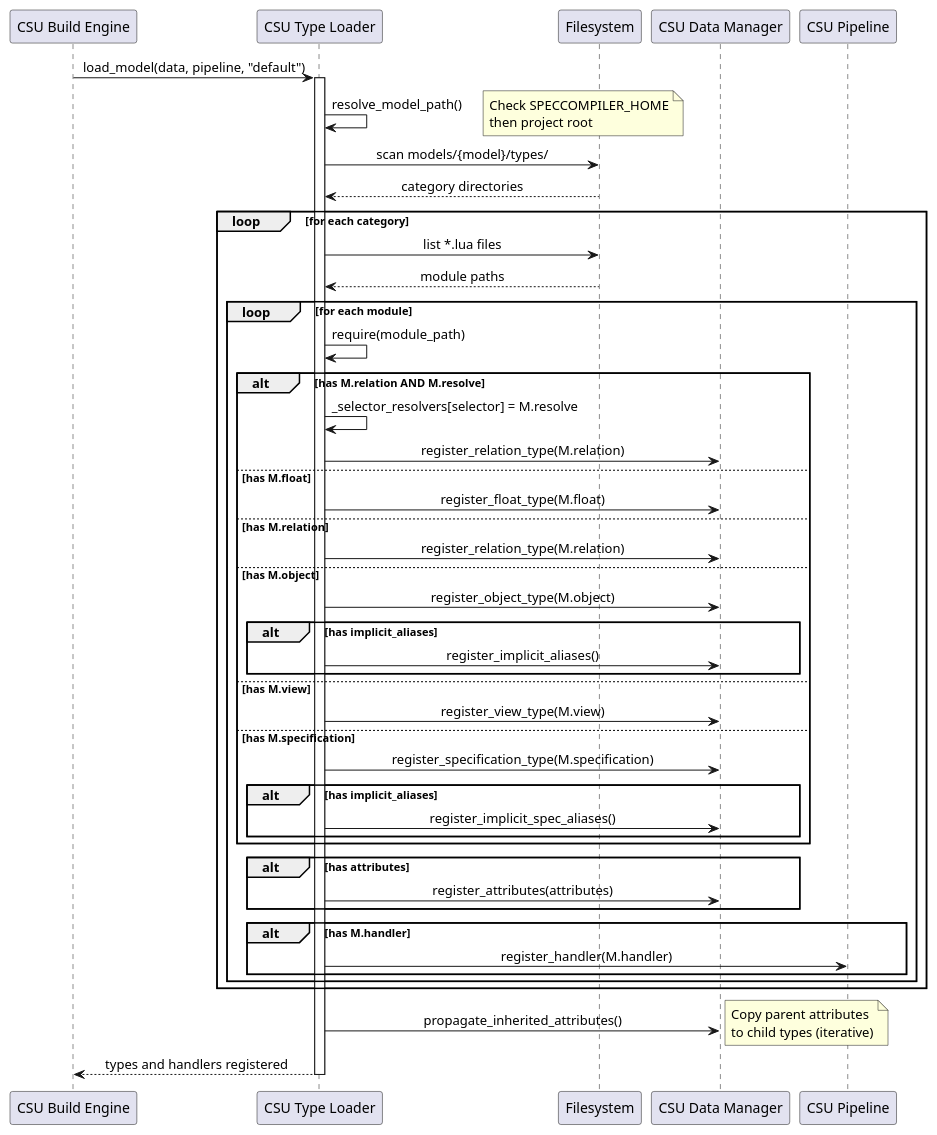
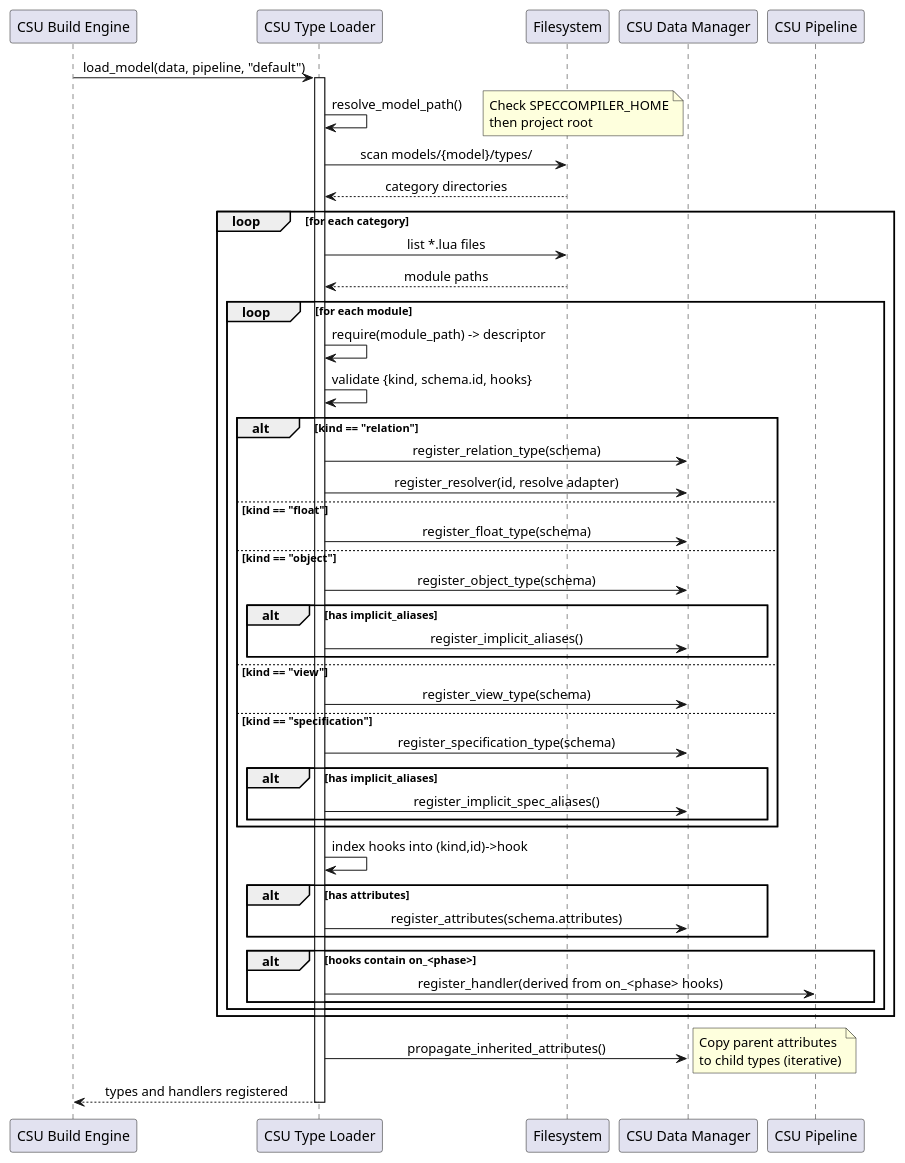
One commit to SpecIR/SpecCompiler changed the diagram in docs/engineering_docs/architecture/type_discovery_design.md. Above: the diagram before and after it, drawn with PlantUML. The commit also changed other lines of this file and 15 other files, not shown here.

First line of the commit message:
docs: re-sync to the host-engine model; finish manual chart conversion to syntax-only

````diff
--- a/docs/engineering_docs/architecture/type_discovery_design.md
+++ b/docs/engineering_docs/architecture/type_discovery_design.md
@@ -123,65 +134,66 @@
 ```puml:fd-002-type-discovery{caption="Type Model Discovery and Registration"}
 @startuml
 skinparam backgroundColor #FFFFFF
 skinparam sequenceMessageAlign center
 
 participant "CSU Build Engine" as E
 participant "CSU Type Loader" as TL
 participant "Filesystem" as FS
 participant "CSU Data Manager" as DB
 participant "CSU Pipeline" as P
 
 E -> TL: load_model(data, pipeline, "default")
 activate TL
 
 TL -> TL: resolve_model_path()
 note right: Check SPECCOMPILER_HOME\nthen project root
 
 TL -> FS: scan models/{model}/types/
 FS --> TL: category directories
 
 loop for each category
     TL -> FS: list *.lua files
     FS --> TL: module paths
 
     loop for each module
-        TL -> TL: require(module_path)
+        TL -> TL: require(module_path) -> descriptor
+        TL -> TL: validate {kind, schema.id, hooks}
 
-        alt has M.relation AND M.resolve
-            TL -> TL: _selector_resolvers[selector] = M.resolve
-            TL -> DB: register_relation_type(M.relation)
-        else has M.float
-            TL -> DB: register_float_type(M.float)
-        else has M.relation
-            TL -> DB: register_relation_type(M.relation)
-        else has M.object
-            TL -> DB: register_object_type(M.object)
+        alt kind == "relation"
+            TL -> DB: register_relation_type(schema)
+            TL -> DB: register_resolver(id, resolve adapter)
+        else kind == "float"
+            TL -> DB: register_float_type(schema)
+        else kind == "object"
+            TL -> DB: register_object_type(schema)
             alt has implicit_aliases
                 TL -> DB: register_implicit_aliases()
             end
-        else has M.view
-            TL -> DB: register_view_type(M.view)
-        else has M.specification
-            TL -> DB: register_specification_type(M.specification)
+        else kind == "view"
+            TL -> DB: register_view_type(schema)
+        else kind == "specification"
+            TL -> DB: register_specification_type(schema)
             alt has implicit_aliases
                 TL -> DB: register_implicit_spec_aliases()
             end
         end
 
+        TL -> TL: index hooks into (kind,id)->hook
+
         alt has attributes
-            TL -> DB: register_attributes(attributes)
+            TL -> DB: register_attributes(schema.attributes)
         end
 
-        alt has M.handler
-            TL -> P: register_handler(M.handler)
+        alt hooks contain on_<phase>
+            TL -> P: register_handler(derived from on_<phase> hooks)
         end
     end
 end
 
 TL -> DB: propagate_inherited_attributes()
 note right: Copy parent attributes\nto child types (iterative)
 
 TL --> E: types and handlers registered
 deactivate TL
 @enduml
 ```
````
